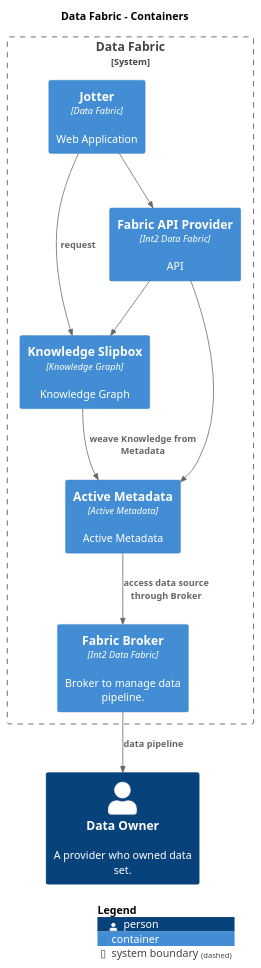
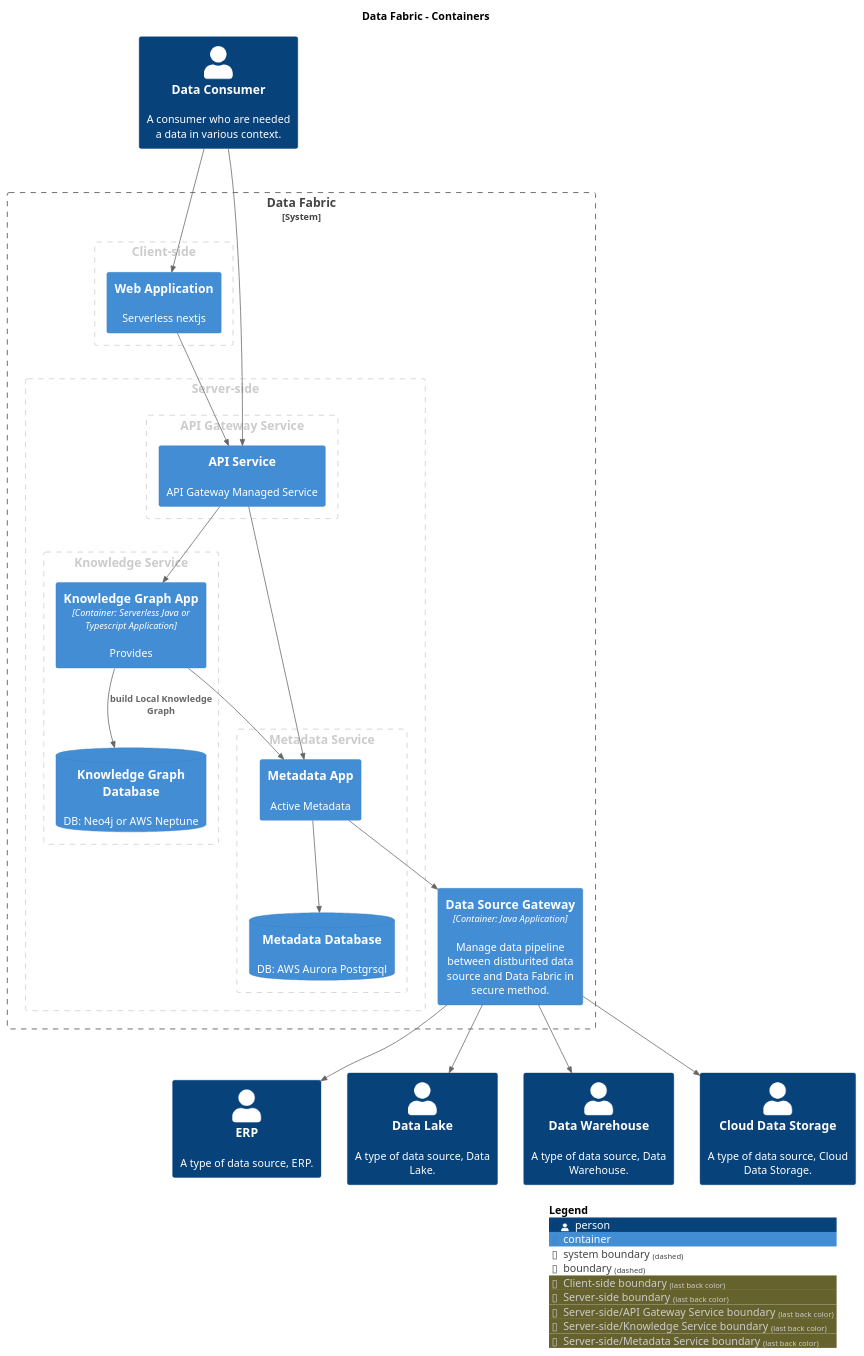
Before and after one commit to IntellectusCorp/data-fabric-docs: the diagram in puml/Containers-Containers.puml, drawn with PlantUML. The commit also changed 58 other files, not shown here.

Commit message:
Deploying to gh-pages from @ IntellectusCorp/data-fabric-docs@6fe2c705cf91e71a90d225bd5430bb5853dd053f 🚀

```diff
--- a/puml/Containers-Containers.puml
+++ b/puml/Containers-Containers.puml
@@ -1,32 +1,64 @@
 @startuml
 set separator none
 title Data Fabric - Containers
 
 top to bottom direction
 
 !include <C4/C4>
 !include <C4/C4_Context>
 !include <C4/C4_Container>
 
 skinparam svgDimensionStyle false
 skinparam preserveAspectRatio meet
-Person(DataOwner, "Data Owner", $descr="A provider who owned data set.", $tags="", $link="")
+Person(DataConsumer, "Data Consumer", $descr="A consumer who are needed a data in various context.", $tags="", $link="")
+Person(ERP, "ERP", $descr="A type of data source, ERP.", $tags="", $link="")
+Person(DataLake, "Data Lake", $descr="A type of data source, Data Lake.", $tags="", $link="")
+Person(DataWarehouse, "Data Warehouse", $descr="A type of data source, Data Warehouse.", $tags="", $link="")
+Person(CloudDataStorage, "Cloud Data Storage", $descr="A type of data source, Cloud Data Storage.", $tags="", $link="")
 
 System_Boundary("DataFabric_boundary", "Data Fabric", $tags="") {
-  Container(DataFabric.Jotter, "Jotter", $techn="Data Fabric", $descr="Web Application", $tags="", $link="")
-  Container(DataFabric.KnowledgeSlipbox, "Knowledge Slipbox", $techn="Knowledge Graph", $descr="Knowledge Graph", $tags="", $link="../component/")
-  Container(DataFabric.ActiveMetadata, "Active Metadata", $techn="Active Metadata", $descr="Active Metadata", $tags="", $link="../component/")
-  Container(DataFabric.FabricBroker, "Fabric Broker", $techn="Int2 Data Fabric", $descr="Broker to manage data pipeline.", $tags="", $link="")
-  Container(DataFabric.FabricAPIProvider, "Fabric API Provider", $techn="Int2 Data Fabric", $descr="API", $tags="", $link="")
+  AddBoundaryTag("Client-side", $borderColor="#cccccc", $fontColor="#cccccc")
+  Boundary(group_1, "Client-side", $tags="Client-side") {
+    Container(DataFabric.WebApplication, "Web Application", $techn="", $descr="Serverless nextjs", $tags="", $link="")
+  }
+
+  AddBoundaryTag("Server-side", $borderColor="#cccccc", $fontColor="#cccccc")
+  Boundary(group_2, "Server-side", $tags="Server-side") {
+      AddBoundaryTag("Server-side/API Gateway Service", $borderColor="#cccccc", $fontColor="#cccccc")
+      Boundary(group_3, "API Gateway Service", $tags="Server-side/API Gateway Service") {
+        Container(DataFabric.APIService, "API Service", $techn="", $descr="API Gateway Managed Service", $tags="", $link="")
+      }
+
+      AddBoundaryTag("Server-side/Knowledge Service", $borderColor="#cccccc", $fontColor="#cccccc")
+      Boundary(group_4, "Knowledge Service", $tags="Server-side/Knowledge Service") {
+        ContainerDb(DataFabric.KnowledgeGraphDatabase, "Knowledge Graph Database", $techn="", $descr="DB: Neo4j or AWS Neptune", $tags="", $link="")
+        Container(DataFabric.KnowledgeGraphApp, "Knowledge Graph App", $techn="Container: Serverless Java or Typescript Application", $descr="Provides", $tags="", $link="../component/")
+      }
+
+      AddBoundaryTag("Server-side/Metadata Service", $borderColor="#cccccc", $fontColor="#cccccc")
+      Boundary(group_5, "Metadata Service", $tags="Server-side/Metadata Service") {
+        Container(DataFabric.MetadataApp, "Metadata App", $techn="", $descr="Active Metadata", $tags="", $link="../component/")
+        ContainerDb(DataFabric.MetadataDatabase, "Metadata Database", $techn="", $descr="DB: AWS Aurora Postgrsql", $tags="", $link="")
+      }
+
+  }
+
+  Container(DataFabric.DataSourceGateway, "Data Source Gateway", $techn="Container: Java Application", $descr="Manage data pipeline between distburited data source and Data Fabric in secure method.", $tags="", $link="")
 }
 
-Rel_D(DataFabric.KnowledgeSlipbox, DataFabric.ActiveMetadata, "weave Knowledge from Metadata", $techn="", $tags="", $link="")
-Rel_D(DataFabric.FabricBroker, DataOwner, "data pipeline", $techn="", $tags="", $link="")
-Rel_D(DataFabric.ActiveMetadata, DataFabric.FabricBroker, "access data source through Broker", $techn="", $tags="", $link="")
-Rel_D(DataFabric.FabricAPIProvider, DataFabric.KnowledgeSlipbox, "", $techn="", $tags="", $link="")
-Rel_D(DataFabric.FabricAPIProvider, DataFabric.ActiveMetadata, "", $techn="", $tags="", $link="")
-Rel_D(DataFabric.Jotter, DataFabric.KnowledgeSlipbox, "request", $techn="", $tags="", $link="")
-Rel_D(DataFabric.Jotter, DataFabric.FabricAPIProvider, "", $techn="", $tags="", $link="")
+Rel_D(DataConsumer, DataFabric.APIService, "", $techn="", $tags="", $link="")
+Rel_D(DataConsumer, DataFabric.WebApplication, "", $techn="", $tags="", $link="")
+Rel_D(DataFabric.KnowledgeGraphApp, DataFabric.KnowledgeGraphDatabase, "build Local Knowledge Graph", $techn="", $tags="", $link="")
+Rel_D(DataFabric.KnowledgeGraphApp, DataFabric.MetadataApp, "", $techn="", $tags="", $link="")
+Rel_D(DataFabric.DataSourceGateway, ERP, "", $techn="", $tags="", $link="")
+Rel_D(DataFabric.DataSourceGateway, DataLake, "", $techn="", $tags="", $link="")
+Rel_D(DataFabric.DataSourceGateway, DataWarehouse, "", $techn="", $tags="", $link="")
+Rel_D(DataFabric.DataSourceGateway, CloudDataStorage, "", $techn="", $tags="", $link="")
+Rel_D(DataFabric.MetadataApp, DataFabric.DataSourceGateway, "", $techn="", $tags="", $link="")
+Rel_D(DataFabric.MetadataApp, DataFabric.MetadataDatabase, "", $techn="", $tags="", $link="")
+Rel_D(DataFabric.APIService, DataFabric.KnowledgeGraphApp, "", $techn="", $tags="", $link="")
+Rel_D(DataFabric.APIService, DataFabric.MetadataApp, "", $techn="", $tags="", $link="")
+Rel_D(DataFabric.WebApplication, DataFabric.APIService, "", $techn="", $tags="", $link="")
 
 SHOW_LEGEND(true)
 @enduml
```
